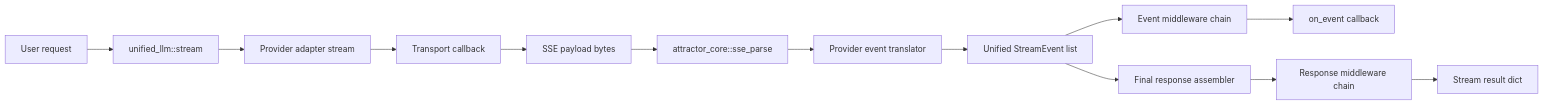
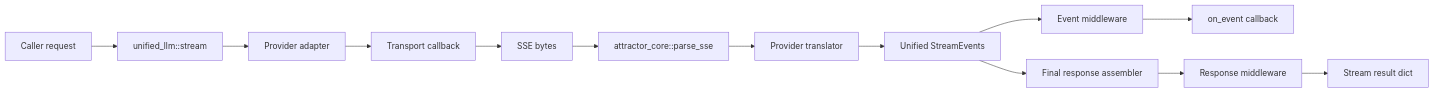
One commit to jaytaylor/attractor-tcl changed the fourth of 5 diagrams in docs/sprints/SPRINT-005-comprehensive-implementation-plan.md. Above: the diagram before and after it, drawn with Mermaid. The commit also changed other lines of this file, not shown here.

````diff
--- a/docs/sprints/SPRINT-005-comprehensive-implementation-plan.md
+++ b/docs/sprints/SPRINT-005-comprehensive-implementation-plan.md
@@ -708,15 +1336,15 @@
 ```mermaid
 flowchart LR
-  U[User request] --> C[unified_llm::stream]
-  C --> A[Provider adapter stream]
+  U[Caller request] --> C[unified_llm::stream]
+  C --> A[Provider adapter]
   A --> T[Transport callback]
-  T --> S[SSE payload bytes]
-  S --> P[attractor_core::sse_parse]
-  P --> X[Provider event translator]
-  X --> E[Unified StreamEvent list]
-  E --> M[Event middleware chain]
+  T --> S[SSE bytes]
+  S --> P[attractor_core::parse_sse]
+  P --> X[Provider translator]
+  X --> E[Unified StreamEvents]
+  E --> M[Event middleware]
   M --> O[on_event callback]
   E --> R[Final response assembler]
-  R --> RM[Response middleware chain]
+  R --> RM[Response middleware]
   RM --> OUT[Stream result dict]
 ```
````
